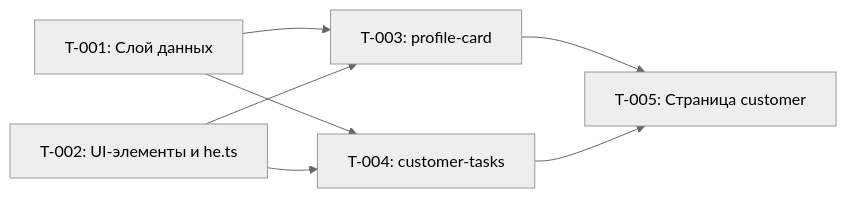
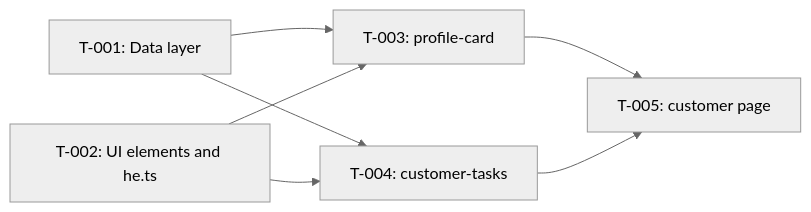
Before and after one commit to pacientk/CourseMenoraDevSDD: the diagram in workshop/golden/SPEC-002-customer-profile/plan.md, drawn with Mermaid (neutral theme). The commit also changed other lines of this file and 83 other files, not shown here.

````diff
--- a/workshop/golden/SPEC-002-customer-profile/plan.md
+++ b/workshop/golden/SPEC-002-customer-profile/plan.md
@@ -31,14 +31,14 @@
 ```mermaid
 flowchart LR
-    T001[T-001: Слой данных]
-    T002[T-002: UI-элементы и he.ts]
+    T001[T-001: Data layer]
+    T002[T-002: UI elements and he.ts]
     T003[T-003: profile-card]
     T004[T-004: customer-tasks]
-    T005[T-005: Страница customer]
+    T005[T-005: customer page]
     T001 --> T003
     T001 --> T004
     T002 --> T003
     T002 --> T004
     T003 --> T005
     T004 --> T005
 ```
````
